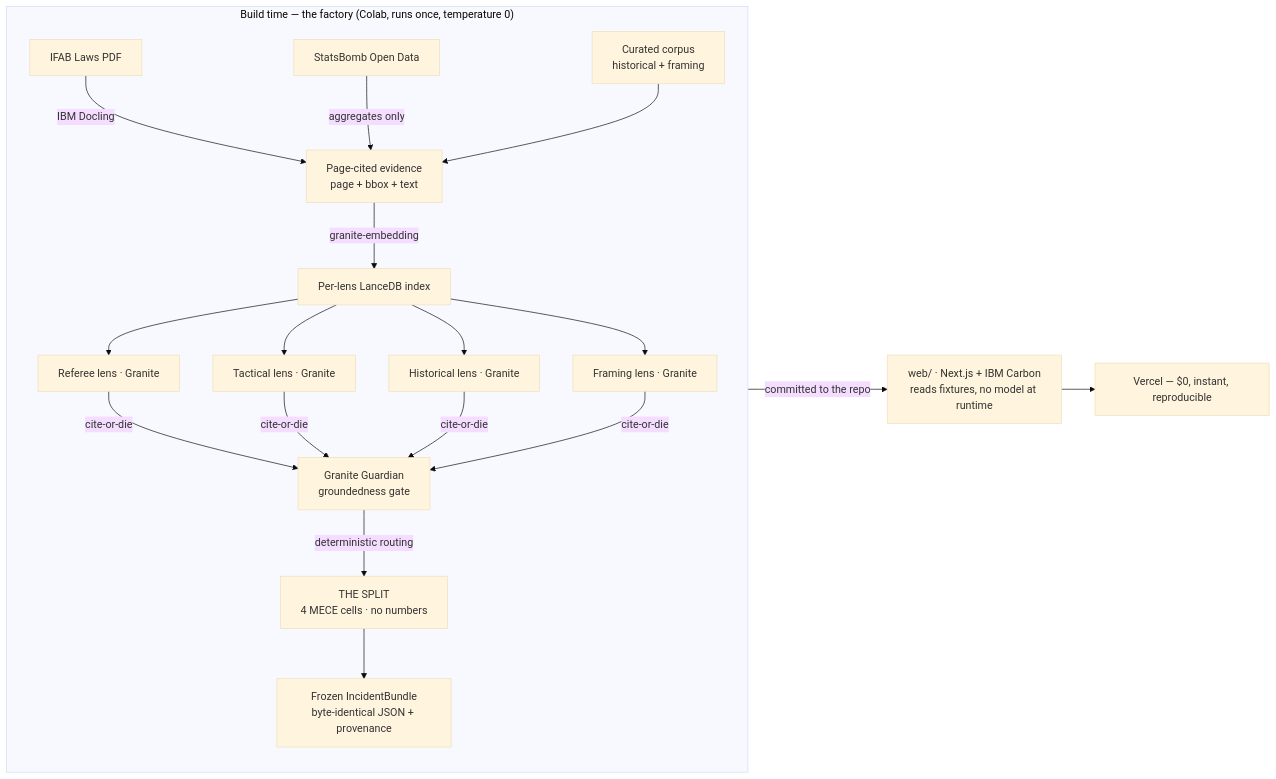
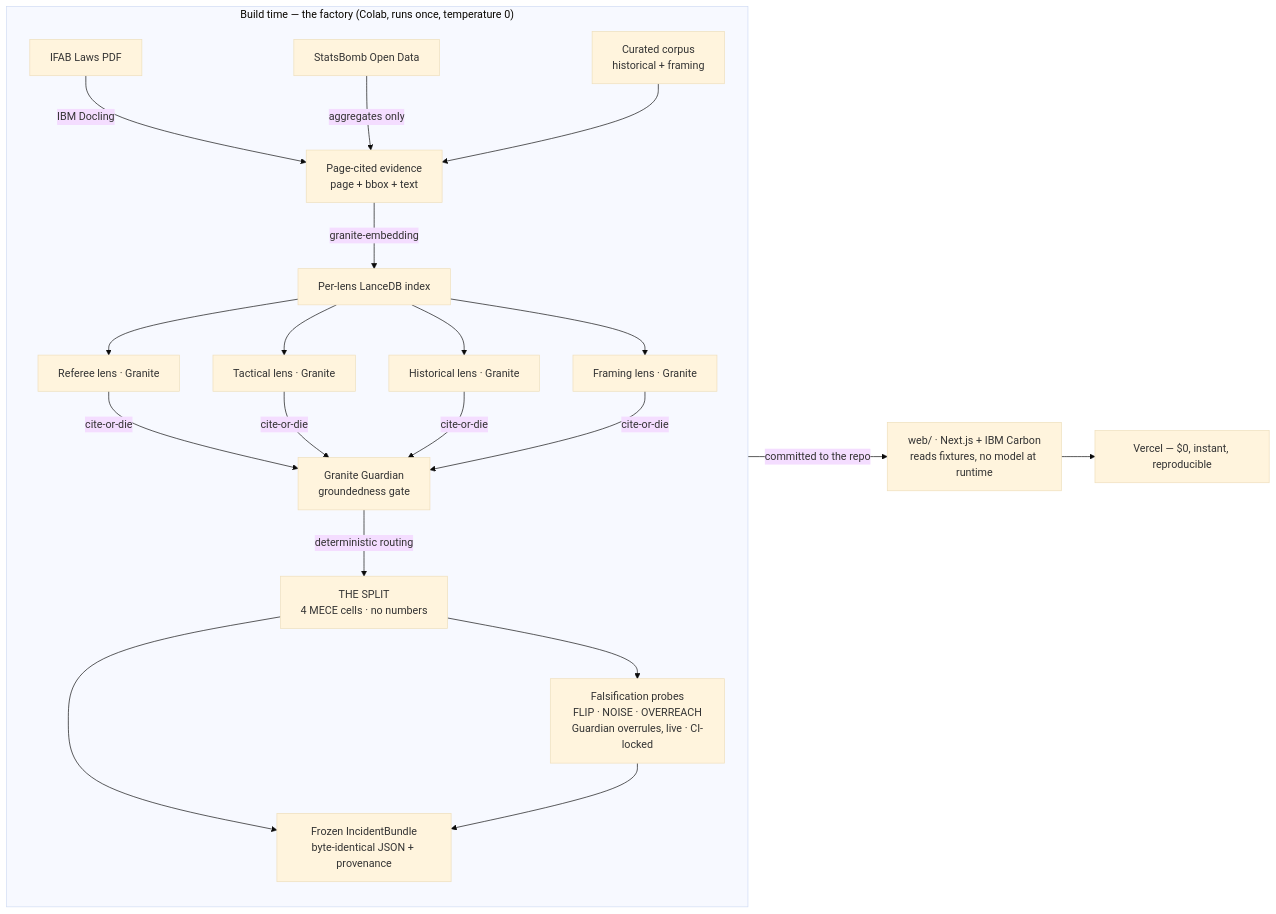
One commit to vighriday/offside-june-2026 changed the diagram in README.md. Above: the diagram before and after it, drawn with Mermaid (base theme). The commit also changed other lines of this file and 2 other files, not shown here.

First line of the commit message:
docs: surface the falsification engine + make the Langflow canvas honest

````diff
--- a/README.md
+++ b/README.md
@@ -161,19 +185,21 @@
 ```mermaid
 flowchart LR
   subgraph BUILD["Build time — the factory (Colab, runs once, temperature 0)"]
     direction TB
     PDF["IFAB Laws PDF"] -->|IBM Docling| EV["Page-cited evidence<br/>page + bbox + text"]
     SB["StatsBomb Open Data"] -->|aggregates only| EV
     YAML["Curated corpus<br/>historical + framing"] --> EV
     EV -->|granite-embedding| IDX["Per-lens LanceDB index"]
     IDX --> L1["Referee lens · Granite"]
     IDX --> L2["Tactical lens · Granite"]
     IDX --> L3["Historical lens · Granite"]
     IDX --> L4["Framing lens · Granite"]
     L1 & L2 & L3 & L4 -->|cite-or-die| G["Granite Guardian<br/>groundedness gate"]
     G -->|deterministic routing| SPLIT["THE SPLIT<br/>4 MECE cells · no numbers"]
+    SPLIT --> PROBE["Falsification probes<br/>FLIP · NOISE · OVERREACH<br/>Guardian overrules, live · CI-locked"]
     SPLIT --> FX["Frozen IncidentBundle<br/>byte-identical JSON + provenance"]
+    PROBE --> FX
   end
   FX -->|committed to the repo| WEB["web/ · Next.js + IBM Carbon<br/>reads fixtures, no model at runtime"]
   WEB --> V["Vercel — $0, instant, reproducible"]
 ```
````
